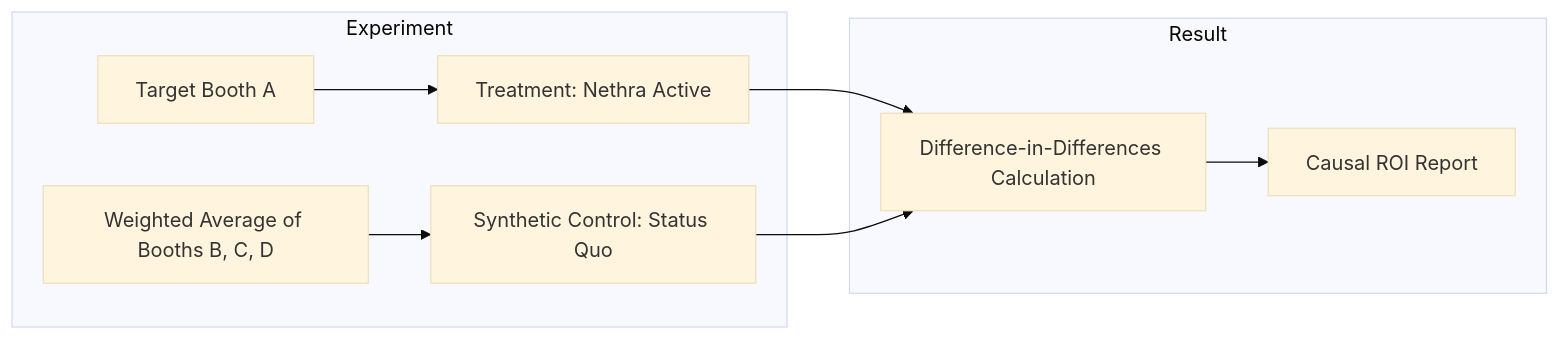
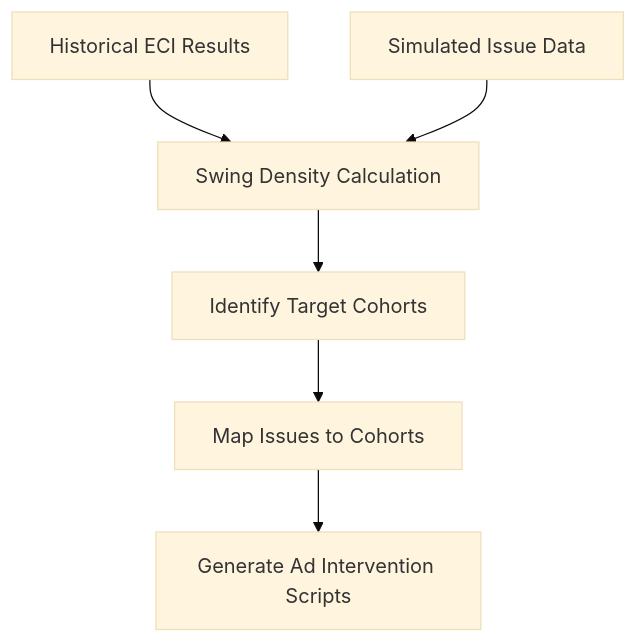
One commit to pramodcbabu/debaz changed the diagram in nethra/docs/mathematical_model.md. Above: the diagram before and after it, drawn with Mermaid (base theme). The commit also changed other lines of this file and 6 other files, not shown here.

Commit message:
PM Pivot: Focus on Swing Voter identification and intervention; zero-friction prototype stack

````diff
--- a/nethra/docs/mathematical_model.md
+++ b/nethra/docs/mathematical_model.md
@@ -25,14 +18,8 @@
 ```mermaid
-graph LR
-    subgraph Experiment
-        A[Target Booth A]
-        B[Weighted Average of Booths B, C, D]
-        A --> C[Treatment: Nethra Active]
-        B --> D[Synthetic Control: Status Quo]
-    end
-    
-    subgraph Result
-        C & D --> E[Difference-in-Differences Calculation]
-        E --> F[Causal ROI Report]
-    end
+graph TD
+    A[Historical ECI Results] --> C[Swing Density Calculation]
+    B[Simulated Issue Data] --> C
+    C --> D[Identify Target Cohorts]
+    D --> E[Map Issues to Cohorts]
+    E --> F[Generate Ad Intervention Scripts]
 ```
````
